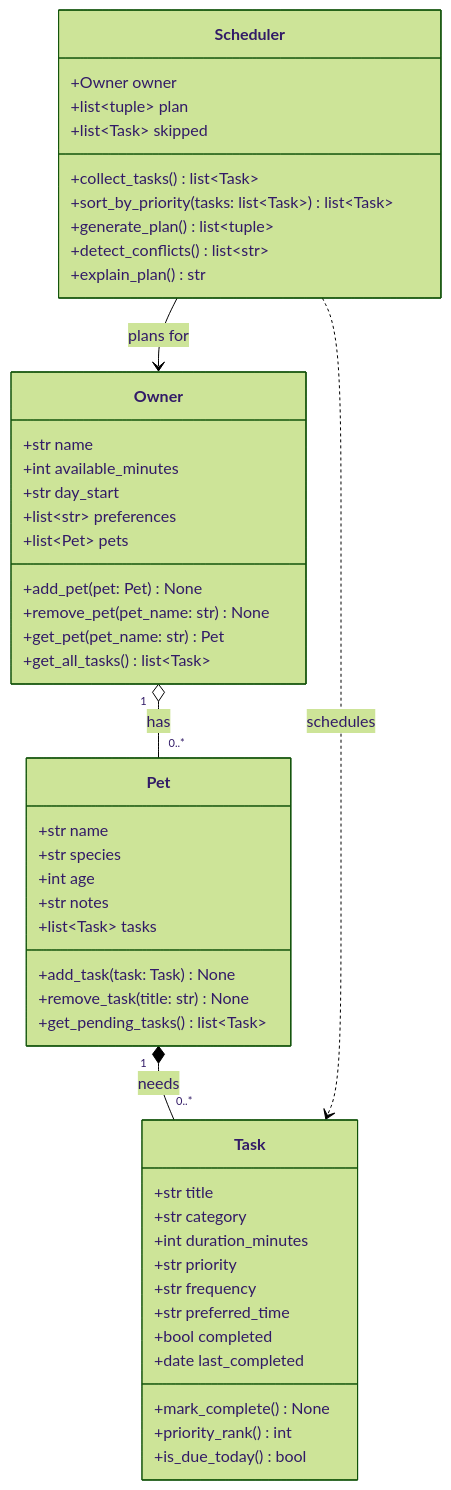
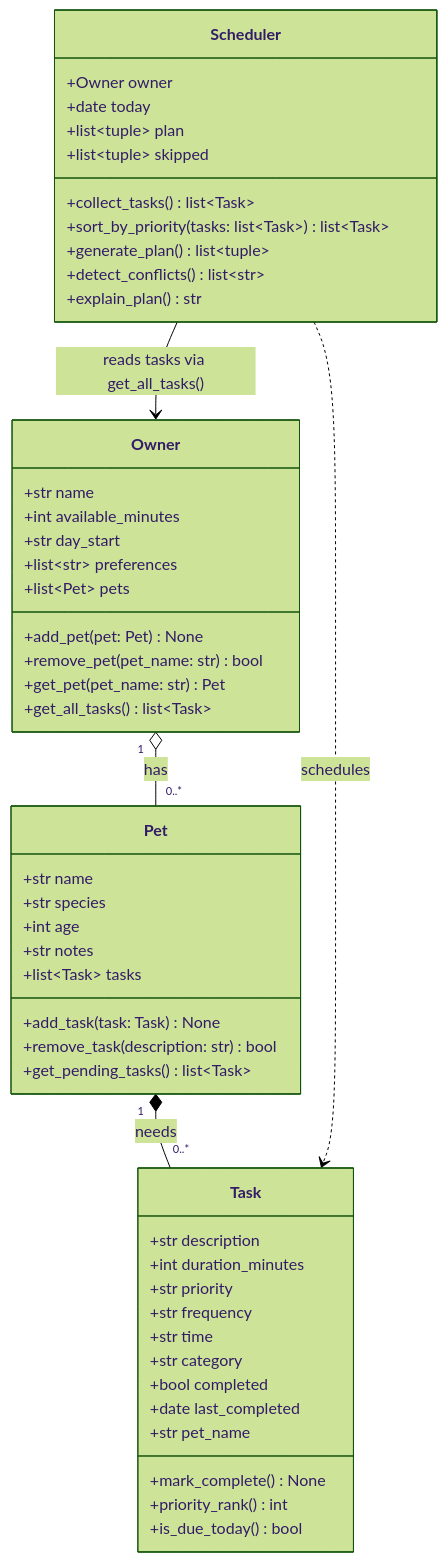
One commit to OluwatobaOyagbemi/Pawpal-AI-110 changed the diagram in diagrams/uml.mmd. Above: the diagram before and after it, drawn with Mermaid (forest theme). The commit also changed 2 other files, not shown here.

Commit message:
feat: implement core PawPal+ classes

```diff
--- a/diagrams/uml.mmd
+++ b/diagrams/uml.mmd
@@ -1,55 +1,57 @@
 classDiagram
-    %% PawPal+ initial design (draft). Update in Phase 6 to match the final implementation.
+    %% PawPal+ design. Update in Phase 6 to match the final implementation.
 
     class Owner {
         +str name
         +int available_minutes
         +str day_start
         +list~str~ preferences
         +list~Pet~ pets
         +add_pet(pet: Pet) None
-        +remove_pet(pet_name: str) None
+        +remove_pet(pet_name: str) bool
         +get_pet(pet_name: str) Pet
         +get_all_tasks() list~Task~
     }
 
     class Pet {
         +str name
         +str species
         +int age
         +str notes
         +list~Task~ tasks
         +add_task(task: Task) None
-        +remove_task(title: str) None
+        +remove_task(description: str) bool
         +get_pending_tasks() list~Task~
     }
 
     class Task {
-        +str title
-        +str category
+        +str description
         +int duration_minutes
         +str priority
         +str frequency
-        +str preferred_time
+        +str time
+        +str category
         +bool completed
         +date last_completed
+        +str pet_name
         +mark_complete() None
         +priority_rank() int
         +is_due_today() bool
     }
 
     class Scheduler {
         +Owner owner
+        +date today
         +list~tuple~ plan
-        +list~Task~ skipped
+        +list~tuple~ skipped
         +collect_tasks() list~Task~
         +sort_by_priority(tasks: list~Task~) list~Task~
         +generate_plan() list~tuple~
         +detect_conflicts() list~str~
         +explain_plan() str
     }
 
     Owner "1" o-- "0..*" Pet : has
     Pet "1" *-- "0..*" Task : needs
-    Scheduler --> Owner : plans for
+    Scheduler --> Owner : reads tasks via get_all_tasks()
     Scheduler ..> Task : schedules
```
